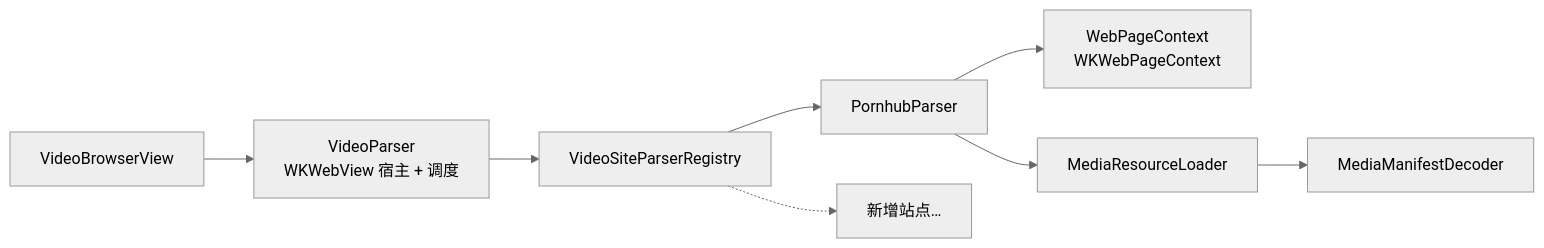
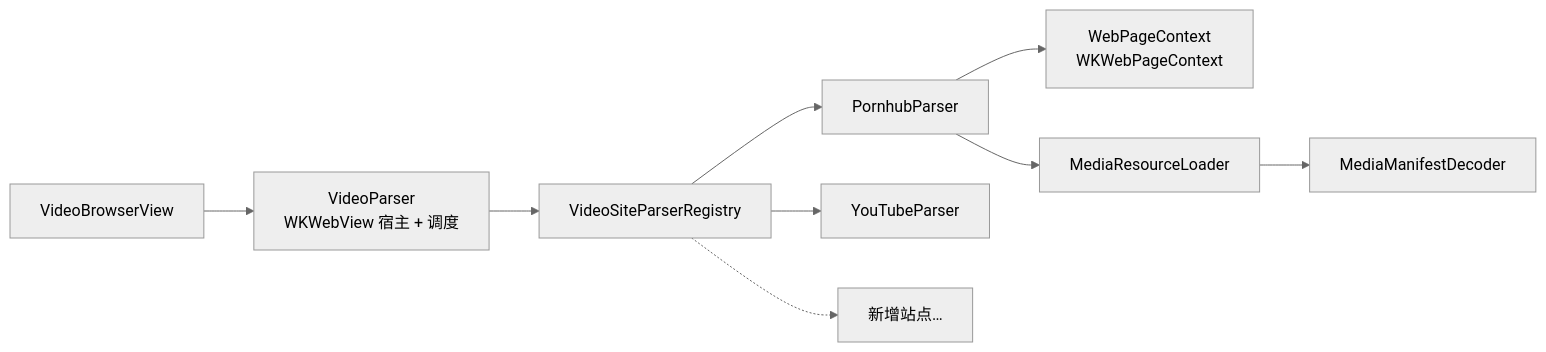
Before and after one commit to gfk-sveyigey/Nox: the diagram in README.md, drawn with Mermaid (neutral theme). The commit also changed other lines of this file and 4 other files, not shown here.

````diff
--- a/README.md
+++ b/README.md
@@ -161,10 +162,11 @@
 ```mermaid
 graph LR
     V[VideoBrowserView] --> P[VideoParser<br/>WKWebView 宿主 + 调度]
     P --> R[VideoSiteParserRegistry]
     R --> A[PornhubParser]
+    R --> Y[YouTubeParser]
     R -.-> B["新增站点…"]
     A --> C[WebPageContext<br/>WKWebPageContext]
     A --> L[MediaResourceLoader]
     L --> D[MediaManifestDecoder]
 ```
````
